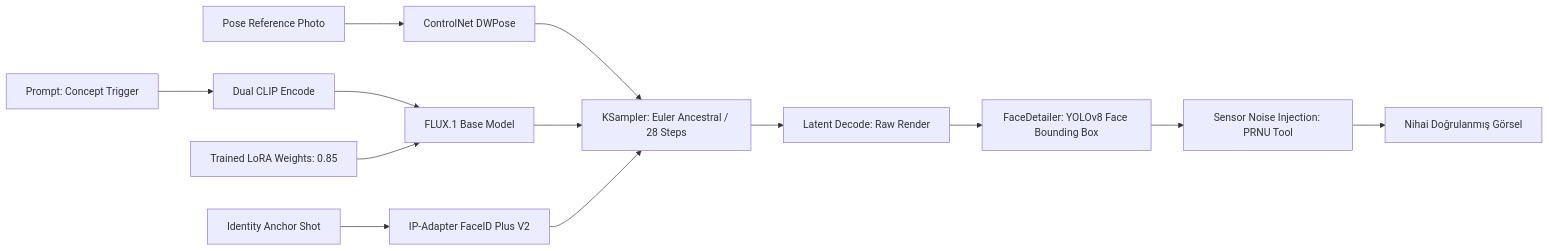
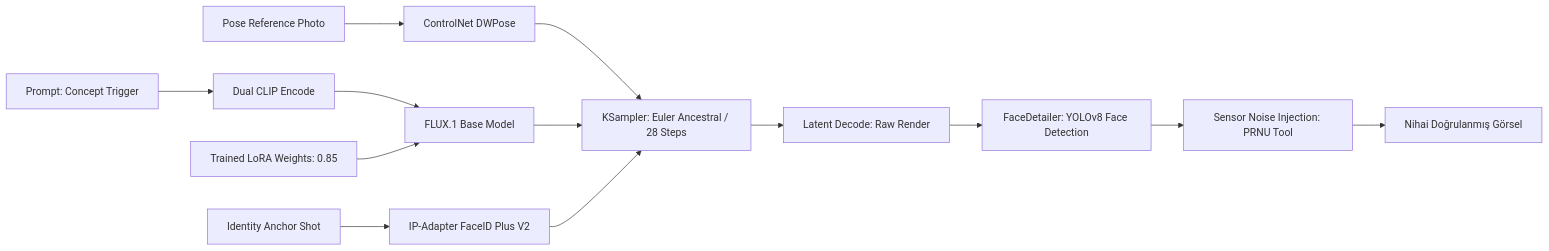
The second of 2 diagrams in src/content/broadcasts/tr/ai-influencer-kapatilma-nedenleri-tutarlilik-muhendisligi.md (oaonuraksoy/oaonuraksoy), drawn with Mermaid before and after one commit. The commit also changed other lines of this file and 12 other files, not shown here.

Commit message:
feat: add AI influencer cover, real vault source files, remove modern-pos broadcast post, fix mermaid syntax

````diff
--- a/src/content/broadcasts/tr/ai-influencer-kapatilma-nedenleri-tutarlilik-muhendisligi.md
+++ b/src/content/broadcasts/tr/ai-influencer-kapatilma-nedenleri-tutarlilik-muhendisligi.md
@@ -203,18 +203,18 @@
 ```mermaid
 flowchart LR
-    A[Prompt: Concept Trigger] --> B[Dual CLIP Encode]
-    B --> C[FLUX.1 Base Model]
-    D[Trained LoRA Weights: 0.85] --> C
+    A["Prompt: Concept Trigger"] --> B["Dual CLIP Encode"]
+    B --> C["FLUX.1 Base Model"]
+    D["Trained LoRA Weights: 0.85"] --> C
     
-    E[Pose Reference Photo] --> F[ControlNet DWPose]
-    F --> G[KSampler: Euler Ancestral / 28 Steps]
+    E["Pose Reference Photo"] --> F["ControlNet DWPose"]
+    F --> G["KSampler: Euler Ancestral / 28 Steps"]
     C --> G
     
-    H[Identity Anchor Shot] --> I[IP-Adapter FaceID Plus V2]
+    H["Identity Anchor Shot"] --> I["IP-Adapter FaceID Plus V2"]
     I --> G
     
-    G --> J[Latent Decode: Raw Render]
-    J --> K[FaceDetailer: YOLOv8 Face Bounding Box]
-    K --> L[Sensor Noise Injection: PRNU Tool]
-    L --> M[Nihai Doğrulanmış Görsel]
+    G --> J["Latent Decode: Raw Render"]
+    J --> K["FaceDetailer: YOLOv8 Face Detection"]
+    K --> L["Sensor Noise Injection: PRNU Tool"]
+    L --> M["Nihai Doğrulanmış Görsel"]
 ```
````
